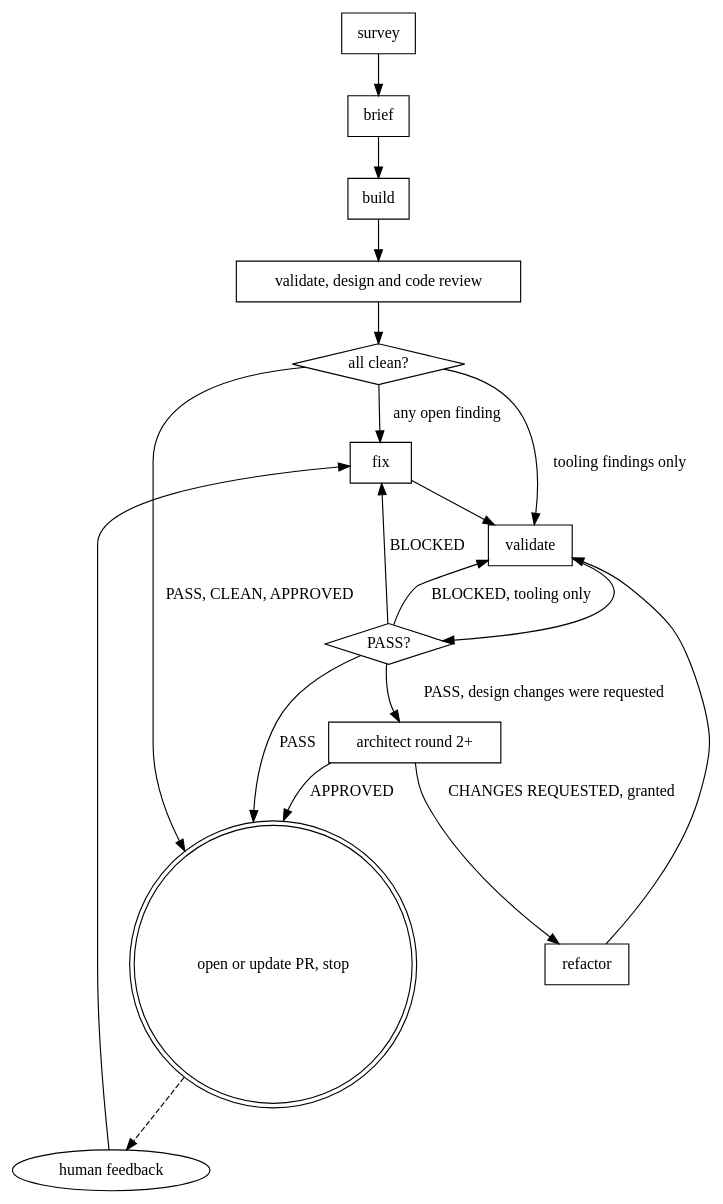
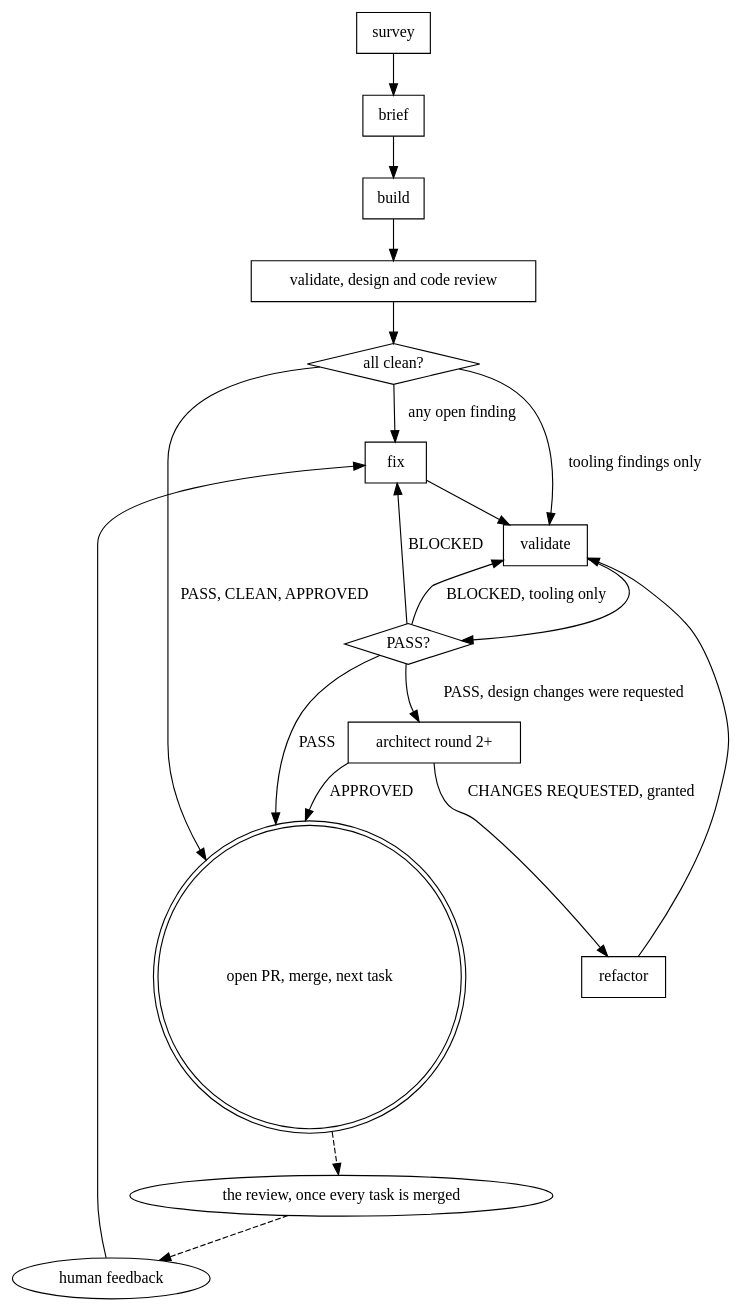
Before and after one commit to eliotshea/claude-skills: the diagram in loop/feature-loop/SKILL.md, drawn with Graphviz. The commit also changed other lines of this file and 2 other files, not shown here.

First line of the commit message:
feat(loop): merge each task into the feature branch and review the feature once

````diff
--- a/loop/feature-loop/SKILL.md
+++ b/loop/feature-loop/SKILL.md
@@ -143,25 +148,27 @@
 ```dot
 digraph feature_loop {
   node [shape=box];
   survey; brief; build; "validate, design and code review"; fix; validate;
   "architect round 2+"; refactor;
   "human feedback" [shape=ellipse];
   "all clean?" [shape=diamond]; "PASS?" [shape=diamond];
-  "open or update PR, stop" [shape=doublecircle];
+  "open PR, merge, next task" [shape=doublecircle];
 
   survey -> brief -> build -> "validate, design and code review" -> "all clean?";
-  "all clean?" -> "open or update PR, stop" [label="PASS, CLEAN, APPROVED"];
+  "all clean?" -> "open PR, merge, next task" [label="PASS, CLEAN, APPROVED"];
   "all clean?" -> fix [label="any open finding"];
   "all clean?" -> validate [label="tooling findings only"];
   fix -> validate -> "PASS?";
   "PASS?" -> fix [label="BLOCKED"];
   "PASS?" -> validate [label="BLOCKED, tooling only"];
   "PASS?" -> "architect round 2+" [label="PASS, design changes were requested"];
-  "PASS?" -> "open or update PR, stop" [label="PASS"];
-  "architect round 2+" -> "open or update PR, stop" [label="APPROVED"];
+  "PASS?" -> "open PR, merge, next task" [label="PASS"];
+  "architect round 2+" -> "open PR, merge, next task" [label="APPROVED"];
   "architect round 2+" -> refactor [label="CHANGES REQUESTED, granted"];
   refactor -> validate;
-  "open or update PR, stop" -> "human feedback" [style=dashed];
+  "the review, once every task is merged" [shape=ellipse];
+  "open PR, merge, next task" -> "the review, once every task is merged" [style=dashed];
+  "the review, once every task is merged" -> "human feedback" [style=dashed];
   "human feedback" -> fix;
 }
 ```
````
